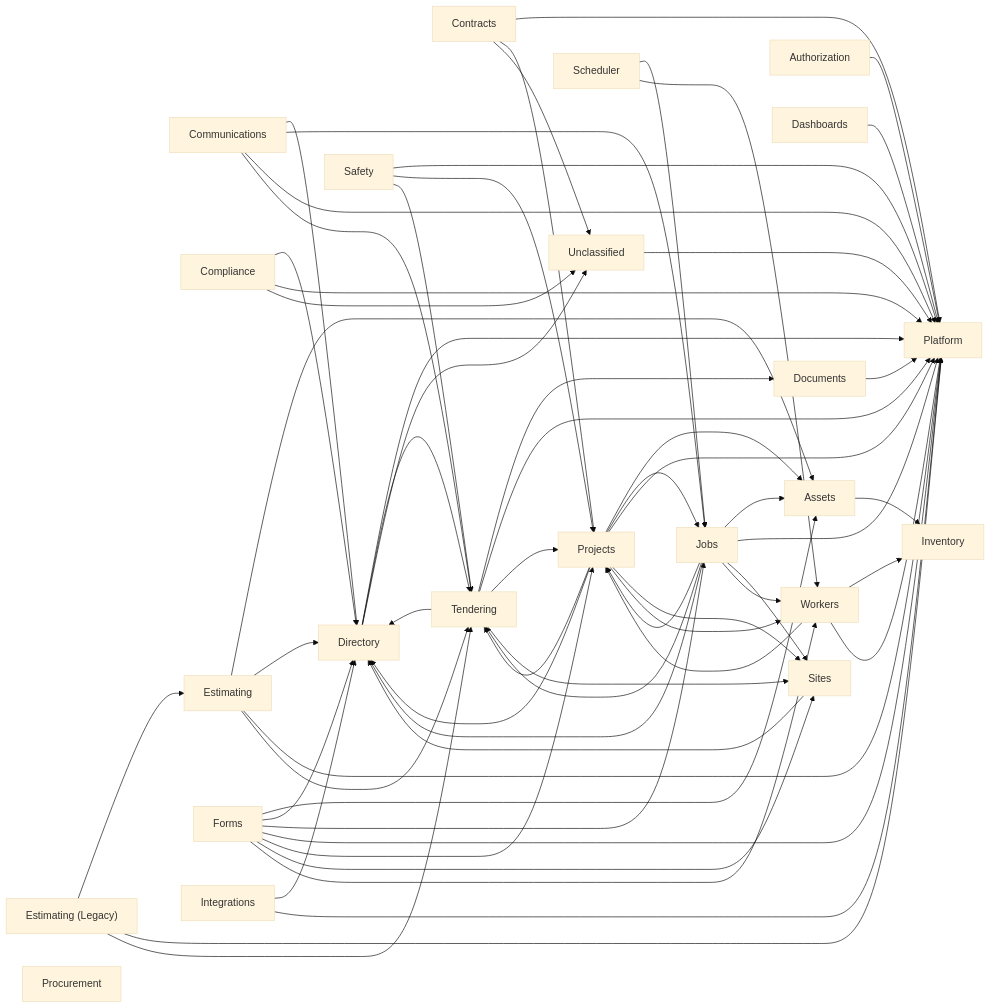
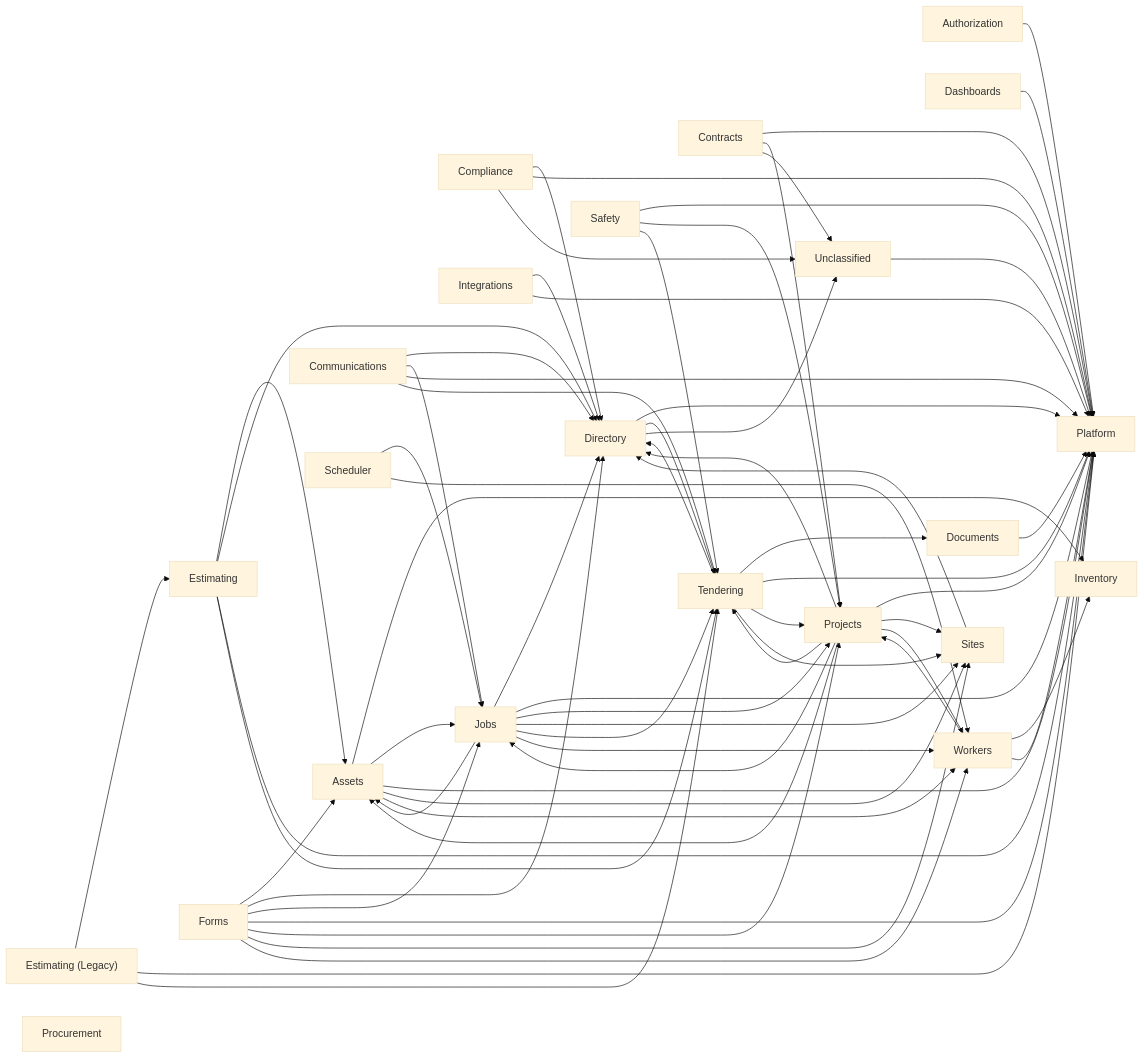
Before and after one commit to GH-Mantova/ProjectOperations: the diagram in docs/data-model/relationship-map.md, drawn with Mermaid (base theme). The commit also changed other lines of this file and 11 other files, not shown here.

```diff
--- a/docs/data-model/relationship-map.md
+++ b/docs/data-model/relationship-map.md
@@ -82,6 +82,10 @@
   unclassified["Unclassified"]
   workers["Workers"]
   assets --> inventory
+  assets --> jobs
+  assets --> platform
+  assets --> sites
+  assets --> workers
   authorization --> platform
   communications --> directory
   communications --> jobs
```
